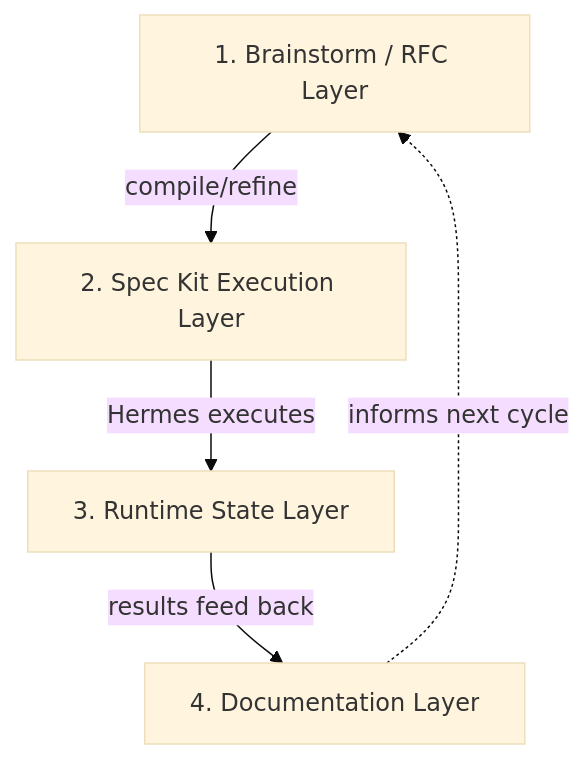
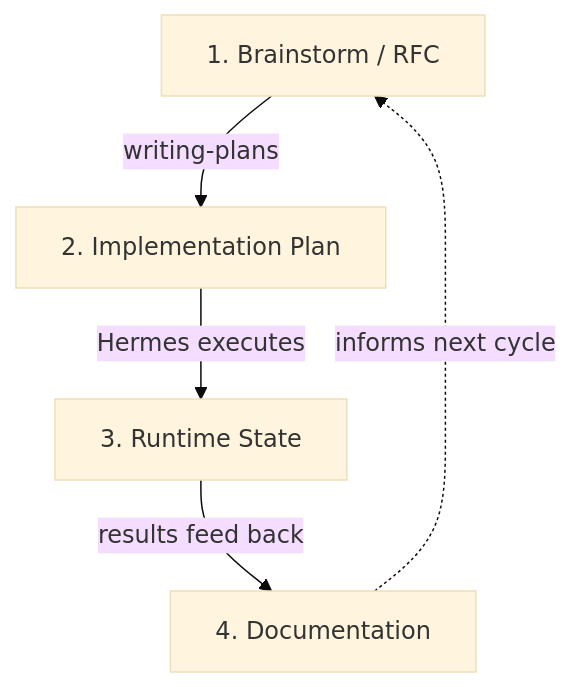
One commit to thangvq95/thangvq-digital-hub changed the second of 2 diagrams in docs/PRD.md. Above: the diagram before and after it, drawn with Mermaid (base theme). The commit also changed other lines of this file and 2 other files, not shown here.

Commit message:
docs: remove Spec Kit references, adopt superpowers skills workflow

````diff
--- a/docs/PRD.md
+++ b/docs/PRD.md
@@ -157,7 +155,7 @@
 ```mermaid
 graph TB
-    L1["1. Brainstorm / RFC Layer"] -->|compile/refine| L2["2. Spec Kit Execution Layer"]
-    L2 -->|Hermes executes| L3["3. Runtime State Layer"]
-    L3 -->|results feed back| L4["4. Documentation Layer"]
+    L1["1. Brainstorm / RFC"] -->|writing-plans| L2["2. Implementation Plan"]
+    L2 -->|Hermes executes| L3["3. Runtime State"]
+    L3 -->|results feed back| L4["4. Documentation"]
     L4 -.->|informs next cycle| L1
 ```
````
